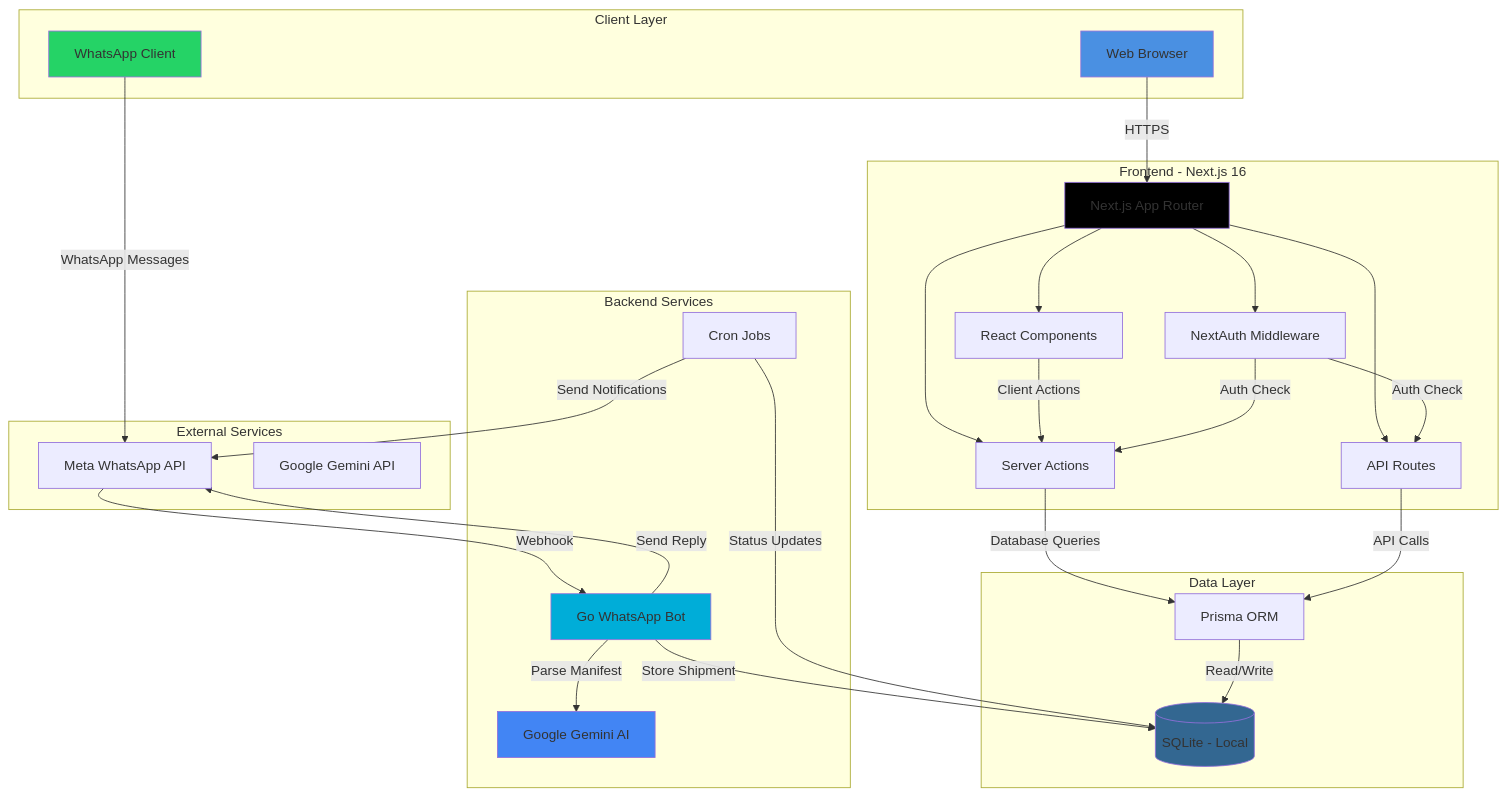
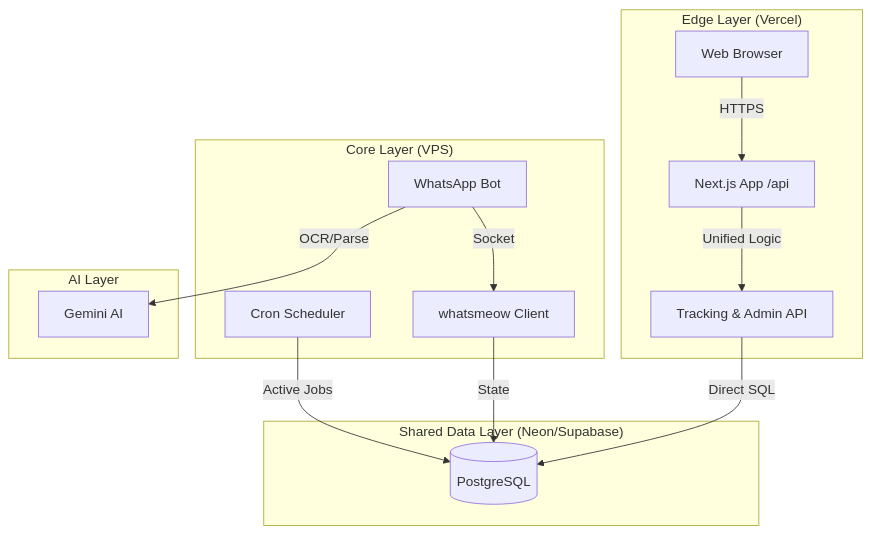
The diagram in README.md (NexGenCodes/webTracker), drawn with Mermaid before and after one commit. The commit also changed other lines of this file and 38 other files, not shown here.

Commit message:
feat: centralize db logic, optimize status transitions, and make database folder self-contained

````diff
--- a/README.md
+++ b/README.md
@@ -37,64 +33,32 @@
 ```mermaid
 graph TB
-    subgraph "Client Layer"
+    subgraph "Edge Layer (Vercel)"
         A[Web Browser]
-        B[WhatsApp Client]
+        C[Next.js App /api]
+        F[Tracking & Admin API]
     end
 
-    subgraph "Frontend - Next.js 16"
-        C[Next.js App Router]
-        D[React Components]
-        E[Server Actions]
-        F[API Routes]
-        G[NextAuth Middleware]
+    subgraph "Core Layer (VPS)"
+        B[WhatsApp Bot]
+        I[Cron Scheduler]
+        M[whatsmeow Client]
     end
 
-    subgraph "Backend Services"
-        H[Go WhatsApp Bot]
-        I[Cron Jobs]
-        J[Google Gemini AI]
+    subgraph "Shared Data Layer (Neon/Supabase)"
+        K[(PostgreSQL)]
     end
 
-    subgraph "Data Layer"
-        K[(SQLite - Local)]
-        L[Prisma ORM]
-    end
-
-    subgraph "External Services"
-        M[Meta WhatsApp API]
-        N[Google Gemini API]
-        N[Google Gemini API]
+    subgraph "AI Layer"
+        J[Gemini AI]
     end
 
     A -->|HTTPS| C
-    B -->|WhatsApp Messages| M
-    M -->|Webhook| H
+    C -->|Unified Logic| F
+    F -->|Direct SQL| K
     
-    C --> D
-    C --> E
-    C --> F
-    C --> G
+    B -->|Socket| M
+    M -->|State| K
     
-    D -->|Client Actions| E
-    E -->|Database Queries| L
-    F -->|API Calls| L
-    
-    H -->|Parse Manifest| J
-    H -->|Store Shipment| K
-    H -->|Send Reply| M
-    
-    I -->|Status Updates| K
-    I -->|Send Notifications| M
-    
-    L -->|Read/Write| K
-    
-    G -->|Auth Check| E
-    G -->|Auth Check| F
-
-    style A fill:#4A90E2
-    style B fill:#25D366
-    style C fill:#000000
-    style H fill:#00ADD8
-    style K fill:#336791
-    style J fill:#4285F4
+    I -->|Active Jobs| K
+    B -->|OCR/Parse| J
 ```
````
